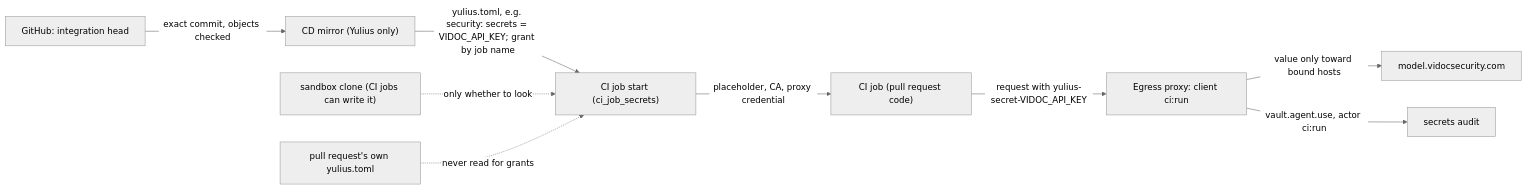
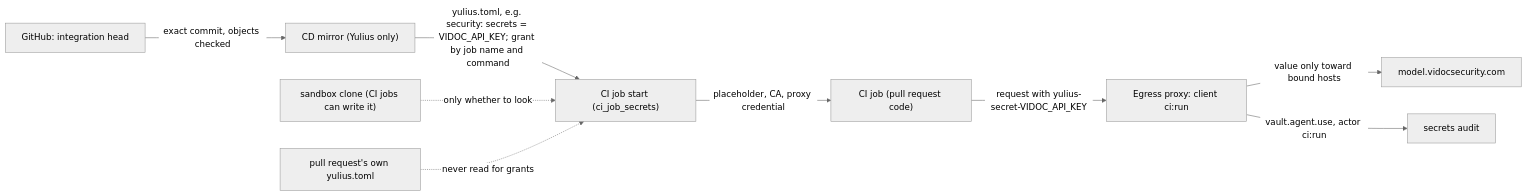
One commit to Quartio-Studio/yulius changed diagram 29 of 54 in docs/architecture.md. Above: the diagram before and after it, drawn with Mermaid (neutral theme). The commit also changed other lines of this file and 13 other files, not shown here.

First line of the commit message:
fix(ci): CI grants agent secrets only to the trusted job command (#659) (#792)

````diff
--- a/docs/architecture.md
+++ b/docs/architecture.md
@@ -1085,11 +1087,11 @@
 ```mermaid
 flowchart LR
   GH["GitHub: integration head"] -->|"exact commit, objects checked"| MIR["CD mirror (Yulius only)"]
-  MIR -->|"yulius.toml, e.g. security: secrets = VIDOC_API_KEY; grant by job name"| EXEC["CI job start (ci_job_secrets)"]
+  MIR -->|"yulius.toml, e.g. security: secrets = VIDOC_API_KEY; grant by job name and command"| EXEC["CI job start (ci_job_secrets)"]
   CLONE["sandbox clone (CI jobs can write it)"] -.->|"only whether to look"| EXEC
   PR["pull request's own yulius.toml"] -.->|"never read for grants"| EXEC
   EXEC -->|"placeholder, CA, proxy credential"| JOB["CI job (pull request code)"]
   JOB -->|"request with yulius-secret-VIDOC_API_KEY"| X["Egress proxy: client ci:run"]
   X -->|"value only toward bound hosts"| V["model.vidocsecurity.com"]
   X -->|"vault.agent.use, actor ci:run"| AUD["secrets audit"]
 ```
````
